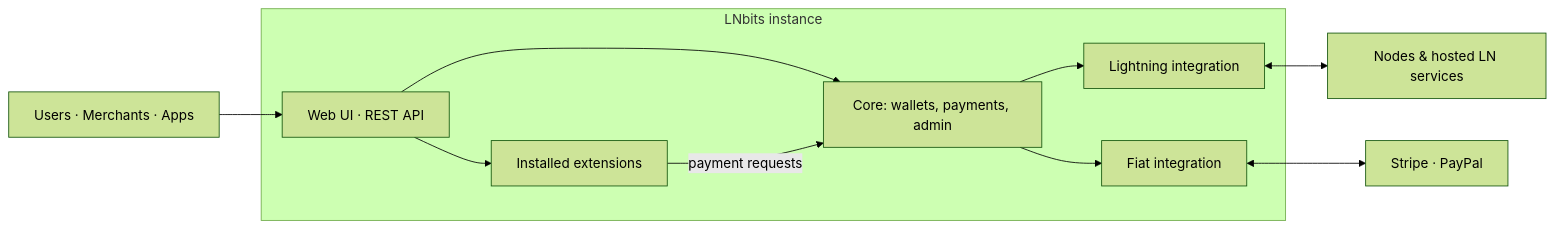
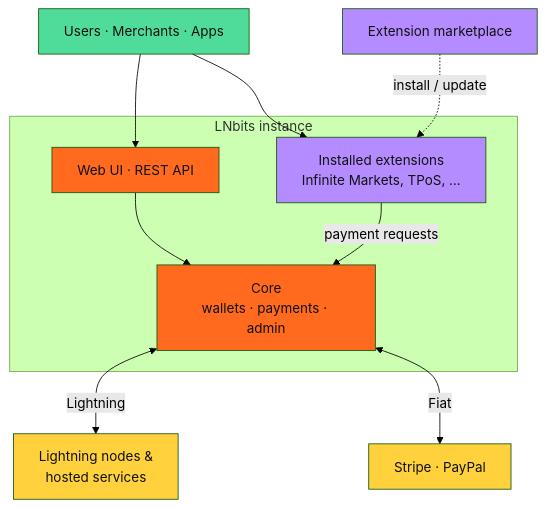
The first of 4 diagrams in docs/viewer/overview.md (bitkarrot/infinitemarkets), drawn with Mermaid (forest theme) before and after one commit. The commit also changed 3 other files, not shown here.

First line of the commit message:
Redraw the LNbits platform diagram so it reads at a glance

````diff
--- a/docs/viewer/overview.md
+++ b/docs/viewer/overview.md
@@ -39,21 +39,27 @@
 ```mermaid
-flowchart LR
+flowchart TB
     users["Users · Merchants · Apps"]
+    market["Extension marketplace"]
     subgraph lnbits["LNbits instance"]
         interface["Web UI · REST API"]
-        core["Core: wallets, payments, admin"]
-        ext["Installed extensions"]
-        ln["Lightning integration"]
-        fiat["Fiat integration"]
-        interface --> core
-        interface --> ext
-        ext -->|payment requests| core
-        core --> ln
-        core --> fiat
+        ext["Installed extensions<br/>Infinite Markets, TPoS, …"]
+        core["Core<br/>wallets · payments · admin"]
     end
-    nodes["Nodes & hosted LN services"]
+    nodes["Lightning nodes &<br/>hosted services"]
     providers["Stripe · PayPal"]
     users --> interface
-    ln <--> nodes
-    fiat <--> providers
+    users --> ext
+    market -.->|install / update| ext
+    interface --> core
+    ext -->|payment requests| core
+    core <-->|Lightning| nodes
+    core <-->|Fiat| providers
+    classDef client fill:#4fdc9a,color:#111111
+    classDef core fill:#ff6a1f,color:#111111
+    classDef ext fill:#b48cff,color:#111111
+    classDef outside fill:#ffd23d,color:#111111
+    class users client
+    class interface,core core
+    class ext,market ext
+    class nodes,providers outside
 ```
````
